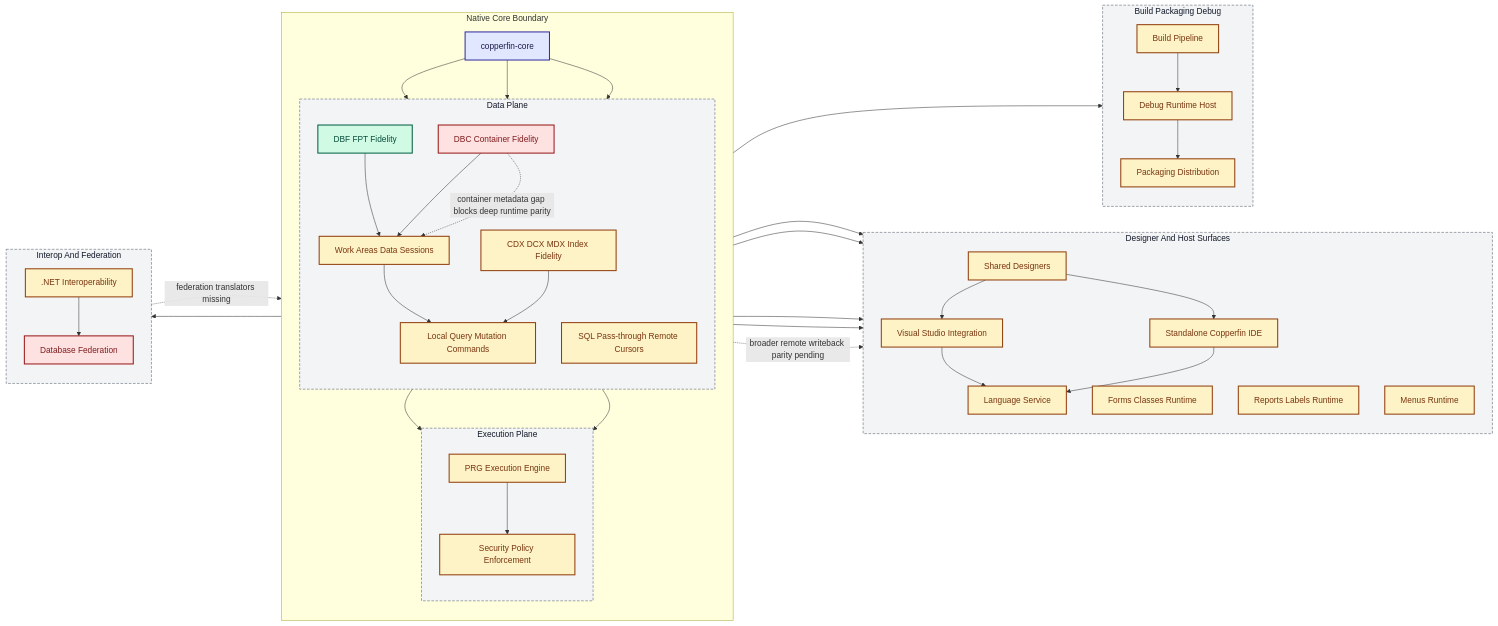
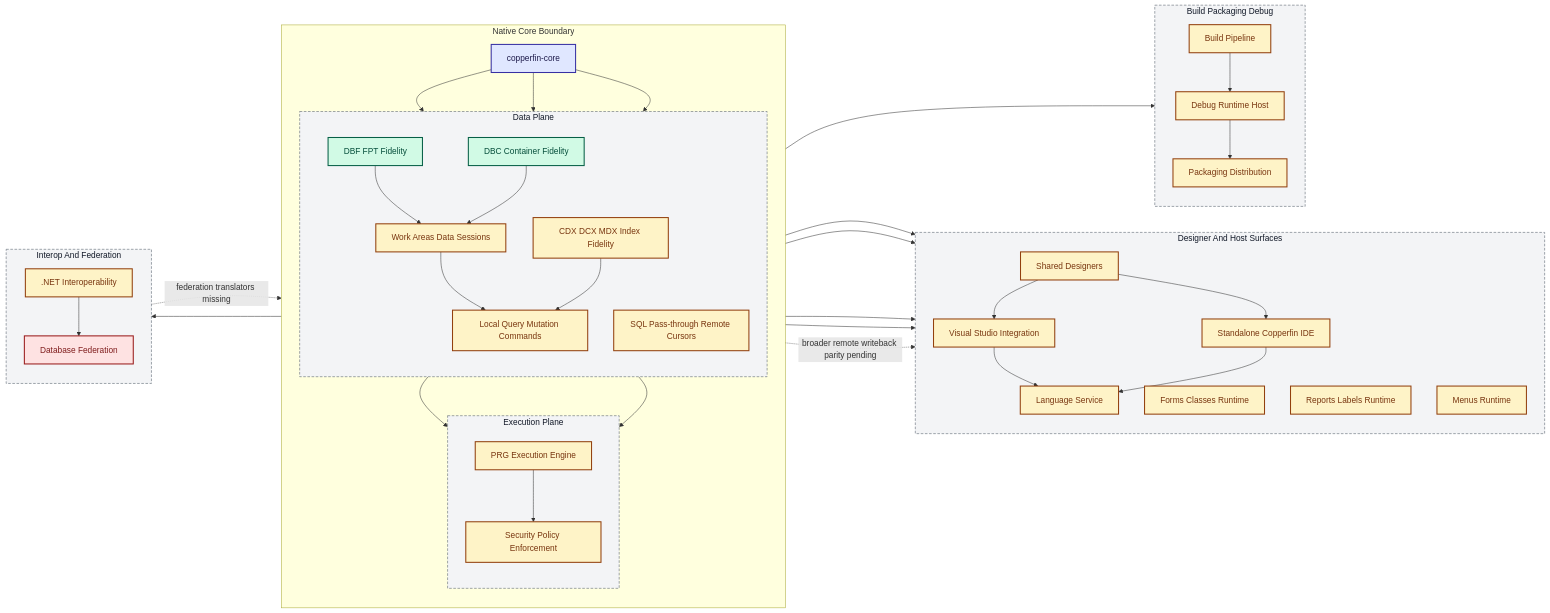
One commit to rhamenator/Project-Copperfin changed the diagram in docs/02-architecture.md. Above: the diagram before and after it, drawn with Mermaid. The commit also changed 4 other files, not shown here.

Commit message:
Implement DBC catalog metadata extraction and enhance related tests

````diff
--- a/docs/02-architecture.md
+++ b/docs/02-architecture.md
@@ -76,17 +76,16 @@
 	PRG --> DOTNET --> FED
 	PRG --> SEC
 
-	DBC -. container metadata gap blocks deep runtime parity .-> WS
 	FED -. federation translators missing .-> SQ
 	SQ -. broader remote writeback parity pending .-> RPT
 
 	class CORE hub;
 
-	class DBF done;
+	class DBF,DBC done;
 
 	class IDX,WS,LQ,SQ,PRG,SEC,DES,FORMS,RPT,MENU,VS,IDE,LS,BLD,DBG,PKG,DOTNET partial;
 
-	class DBC,FED missing;
+	class FED missing;
 
 	class DataPlane,RuntimePlane,UXHosts,Toolchain,Platform seam;
 ```
````
